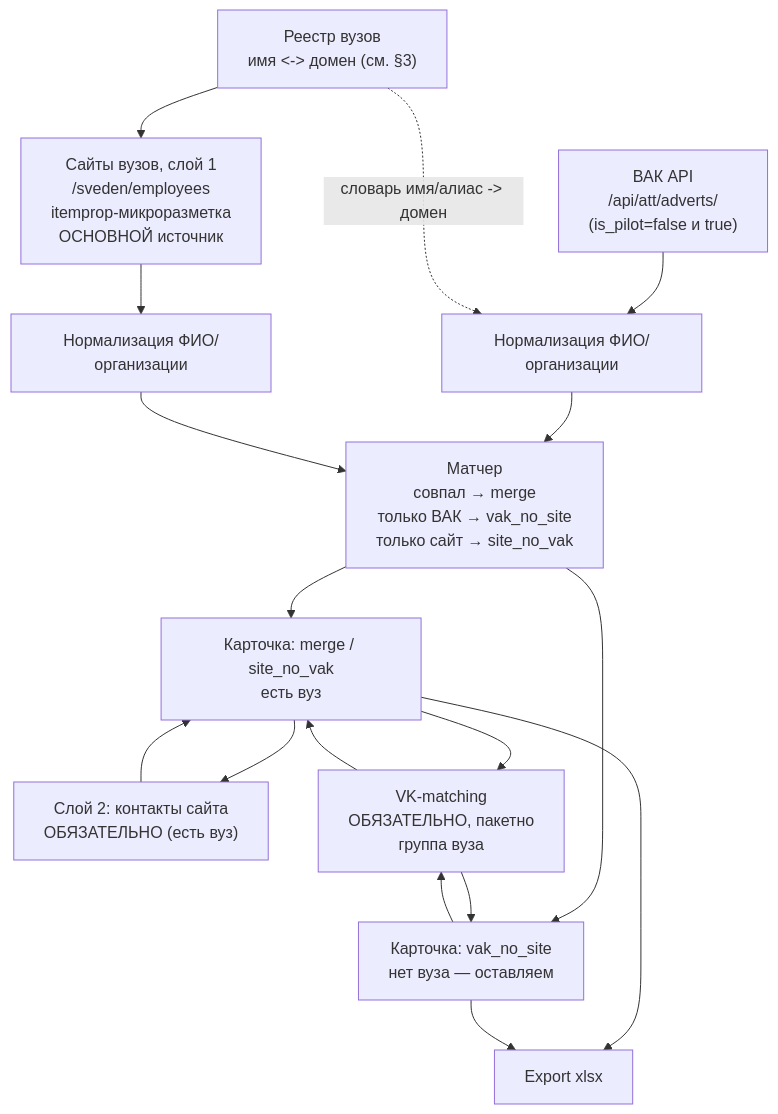
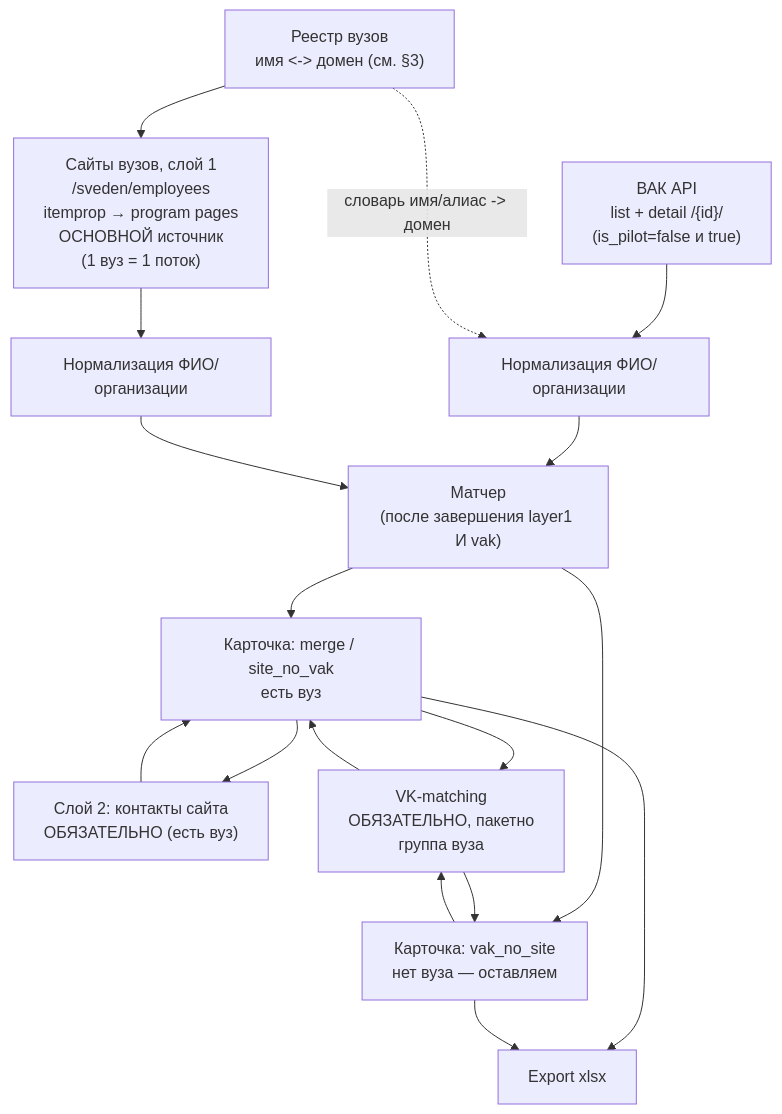
One commit to Bolshevichok/search-for-candidates changed the diagram in research/pipeline/candidate-pipeline-architecture.md. Above: the diagram before and after it, drawn with Mermaid. The commit also changed other lines of this file and 15 other files, not shown here.

````diff
--- a/research/pipeline/candidate-pipeline-architecture.md
+++ b/research/pipeline/candidate-pipeline-architecture.md
@@ -40,28 +40,28 @@
 ```mermaid
 flowchart TB
-    vak["ВАК API\n/api/att/adverts/\n(is_pilot=false и true)"]
+    vak["ВАК API\nlist + detail /{id}/\n(is_pilot=false и true)"]
     registry["Реестр вузов\nимя <-> домен (см. §3)"]
-    layer1["Сайты вузов, слой 1\n/sveden/employees\nitemprop-микроразметка\nОСНОВНОЙ источник"]
+    layer1["Сайты вузов, слой 1\n/sveden/employees\nitemprop → program pages\nОСНОВНОЙ источник\n(1 вуз = 1 поток)"]
 
     registry --> layer1
 
     vak --> normVak["Нормализация ФИО/организации"]
     layer1 --> normL1["Нормализация ФИО/организации"]
     registry -.->|"словарь имя/алиас -> домен"| normVak
 
-    normVak --> matcher["Матчер\nсовпал → merge\nтолько ВАК → vak_no_site\nтолько сайт → site_no_vak"]
+    normVak --> matcher["Матчер\n(после завершения layer1 И vak)"]
     normL1 --> matcher
 
     matcher --> merged["Карточка: merge / site_no_vak\nесть вуз"]
     matcher --> vakOnly["Карточка: vak_no_site\nнет вуза — оставляем"]
 
     merged --> layer2["Слой 2: контакты сайта\nОБЯЗАТЕЛЬНО (есть вуз)"]
     layer2 --> merged
 
     merged --> vkSpec["VK-matching\nОБЯЗАТЕЛЬНО, пакетно\nгруппа вуза"]
     vakOnly --> vkSpec
     vkSpec --> merged
     vkSpec --> vakOnly
     merged --> xlsx["Export xlsx"]
     vakOnly --> xlsx
 ```
````
